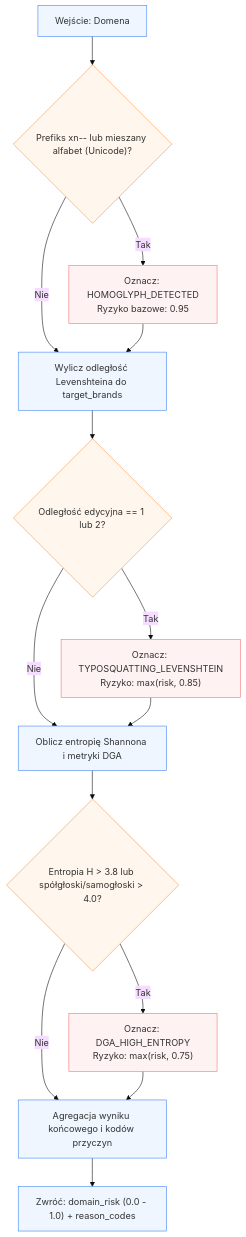
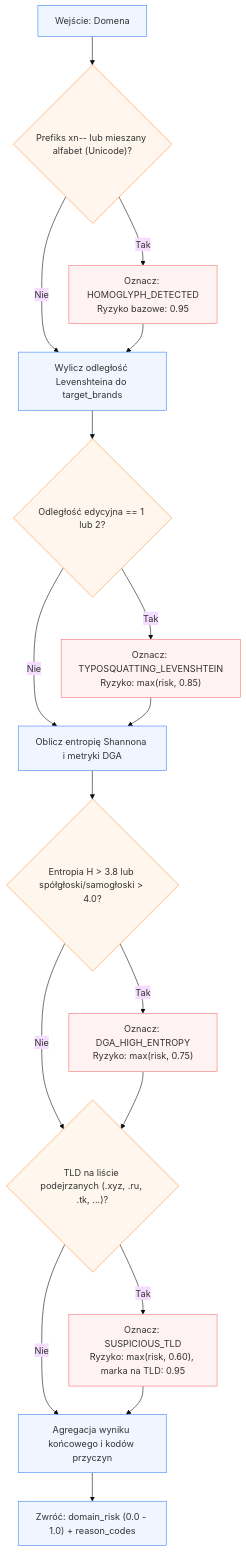
Before and after one commit to w-hyla/Teleprzyjaciele_IBM_Z_Datathon_2026_Project: the diagram in architecture/modules/domain_analyzer.md, drawn with Mermaid (base theme). The commit also changed other lines of this file and 4 other files, not shown here.

````diff
--- a/architecture/modules/domain_analyzer.md
+++ b/architecture/modules/domain_analyzer.md
@@ -31,28 +31,30 @@
 ```mermaid
 flowchart TD
     A["Wejście: Domena"] --> B{"Prefiks xn-- lub mieszany alfabet (Unicode)?"}
     B -- Tak --> C["Oznacz: HOMOGLYPH_DETECTED<br/>Ryzyko bazowe: 0.95"]
     B -- Nie --> D["Wylicz odległość Levenshteina do target_brands"]
     
     C --> D
     
     D --> E{"Odległość edycyjna == 1 lub 2?"}
     E -- Tak --> F["Oznacz: TYPOSQUATTING_LEVENSHTEIN<br/>Ryzyko: max(risk, 0.85)"]
     E -- Nie --> G["Oblicz entropię Shannona i metryki DGA"]
     
     F --> G
     
     G --> H{"Entropia H > 3.8 lub spółgłoski/samogłoski > 4.0?"}
     H -- Tak --> I["Oznacz: DGA_HIGH_ENTROPY<br/>Ryzyko: max(risk, 0.75)"]
-    H -- Nie --> J["Agregacja wyniku końcowego i kodów przyczyn"]
-    
-    I --> J
+    H -- Nie --> T{"TLD na liście podejrzanych (.xyz, .ru, .tk, ...)?"}
+    I --> T
+    T -- Tak --> U["Oznacz: SUSPICIOUS_TLD<br/>Ryzyko: max(risk, 0.60), marka na TLD: 0.95"]
+    T -- Nie --> J["Agregacja wyniku końcowego i kodów przyczyn"]
+    U --> J
     J --> K["Zwróć: domain_risk (0.0 - 1.0) + reason_codes"]
 
     classDef alert fill:#fef2f2,stroke:#f87171
     classDef step fill:#eff6ff,stroke:#3b82f6
     classDef check fill:#fff7ed,stroke:#fb923c
-    class C,F,I alert
+    class C,F,I,U alert
     class A,D,G,J,K step
-    class B,E,H check
+    class B,E,H,T check
 ```
````
